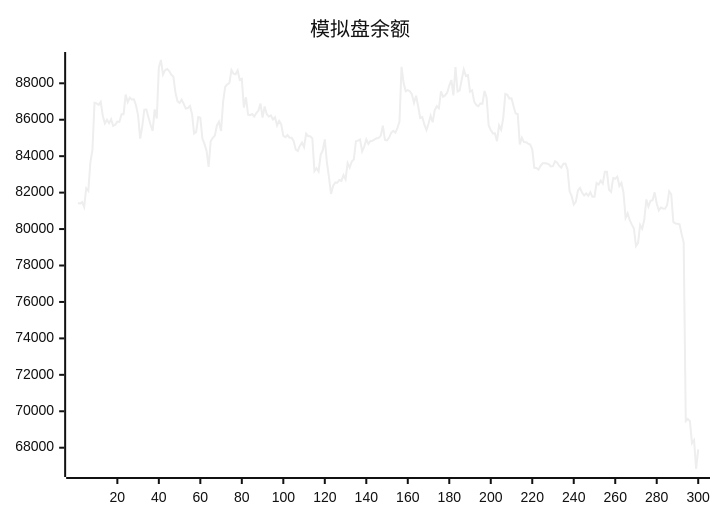
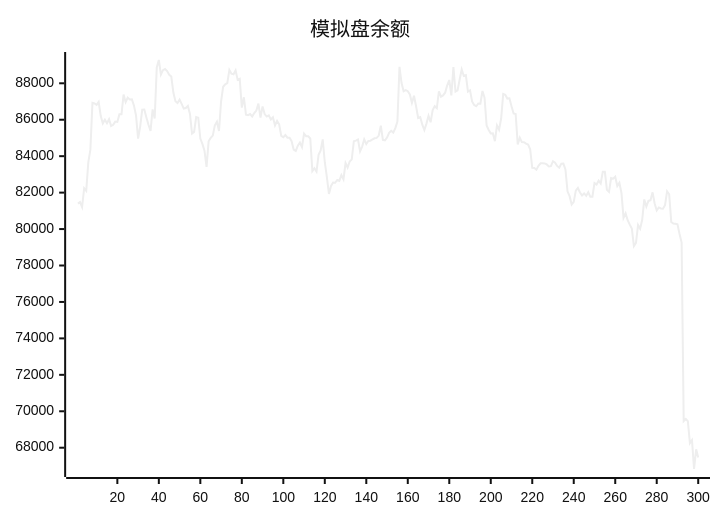
The diagram in README.md (aahl/ai-trading), drawn with Mermaid (neutral theme) before and after one commit. The commit also changed other lines of this file and 1 other file, not shown here.

````diff
--- a/README.md
+++ b/README.md
@@ -5,5 +5,5 @@
 ```mermaid
 xychart
     title "模拟盘余额"
-    line [81426,81398,81481,81210,82242,82099,83658,84359,86925,86892,86814,86980,86203,85802,86003,85811,86028,85657,85721,85896,85880,86300,86299,87378,86965,87214,87115,87118,86780,86238,84966,85623,86555,86562,86129,85722,85387,86569,86070,88870,89278,88477,88720,88781,88668,88467,88372,87493,87018,86917,87102,86870,86613,86644,86758,86317,85242,85334,86149,86106,84968,84671,84302,83410,84816,85001,85127,85693,85891,85384,87001,87811,87945,88007,88734,88528,88495,88705,88189,88248,86662,87234,86279,86251,86314,86177,86364,86503,86886,86114,86731,86310,86176,86240,86017,86136,85685,85938,85749,85111,85044,85164,85016,85008,84824,84354,84287,84572,84745,84500,85234,85096,85095,84970,83180,83338,83157,84070,84309,84922,83667,82850,81924,82369,82552,82539,82695,82648,82962,82728,83619,83378,83710,83825,84819,84854,84917,84265,84527,84919,84668,84834,84850,84916,84981,85004,85131,85674,84891,84864,85019,85284,85393,85294,85538,85894,88904,88012,87567,87625,87568,87386,86920,87313,86737,86094,86143,85725,85437,85787,86219,85859,86526,86740,86630,87563,87264,87335,87483,87886,88180,87335,88894,87544,87608,88207,88755,88401,88444,87543,87608,87000,86810,86740,86894,86884,87576,87209,85686,85435,85251,85255,84820,85689,85453,86066,87420,87373,87161,87178,86740,86341,86315,84643,85012,84772,84768,84690,84635,84376,83360,83357,83259,83474,83608,83606,83602,83548,83440,83454,83724,83644,83464,83365,83590,83592,83275,82072,81806,81344,81492,82109,82254,82006,81848,81955,81829,82022,81769,81776,82522,82441,82656,82498,83144,83144,82150,82038,82797,82763,82872,82367,82536,81981,80612,80862,80484,80242,80034,79063,79245,80226,80016,80507,81625,81233,81544,81578,82016,81401,81019,81186,81130,81118,81306,82066,81909,80392,80304,80291,80258,79729,79261,69466,69579,69456,68251,68415,66832,67911]
+    line [81398,81481,81210,82242,82099,83658,84359,86925,86892,86814,86980,86203,85802,86003,85811,86028,85657,85721,85896,85880,86300,86299,87378,86965,87214,87115,87118,86780,86238,84966,85623,86555,86562,86129,85722,85387,86569,86070,88870,89278,88477,88720,88781,88668,88467,88372,87493,87018,86917,87102,86870,86613,86644,86758,86317,85242,85334,86149,86106,84968,84671,84302,83410,84816,85001,85127,85693,85891,85384,87001,87811,87945,88007,88734,88528,88495,88705,88189,88248,86662,87234,86279,86251,86314,86177,86364,86503,86886,86114,86731,86310,86176,86240,86017,86136,85685,85938,85749,85111,85044,85164,85016,85008,84824,84354,84287,84572,84745,84500,85234,85096,85095,84970,83180,83338,83157,84070,84309,84922,83667,82850,81924,82369,82552,82539,82695,82648,82962,82728,83619,83378,83710,83825,84819,84854,84917,84265,84527,84919,84668,84834,84850,84916,84981,85004,85131,85674,84891,84864,85019,85284,85393,85294,85538,85894,88904,88012,87567,87625,87568,87386,86920,87313,86737,86094,86143,85725,85437,85787,86219,85859,86526,86740,86630,87563,87264,87335,87483,87886,88180,87335,88894,87544,87608,88207,88755,88401,88444,87543,87608,87000,86810,86740,86894,86884,87576,87209,85686,85435,85251,85255,84820,85689,85453,86066,87420,87373,87161,87178,86740,86341,86315,84643,85012,84772,84768,84690,84635,84376,83360,83357,83259,83474,83608,83606,83602,83548,83440,83454,83724,83644,83464,83365,83590,83592,83275,82072,81806,81344,81492,82109,82254,82006,81848,81955,81829,82022,81769,81776,82522,82441,82656,82498,83144,83144,82150,82038,82797,82763,82872,82367,82536,81981,80612,80862,80484,80242,80034,79063,79245,80226,80016,80507,81625,81233,81544,81578,82016,81401,81019,81186,81130,81118,81306,82066,81909,80392,80304,80291,80258,79729,79261,69466,69579,69456,68251,68415,66832,67911,67462]
 ```
````
